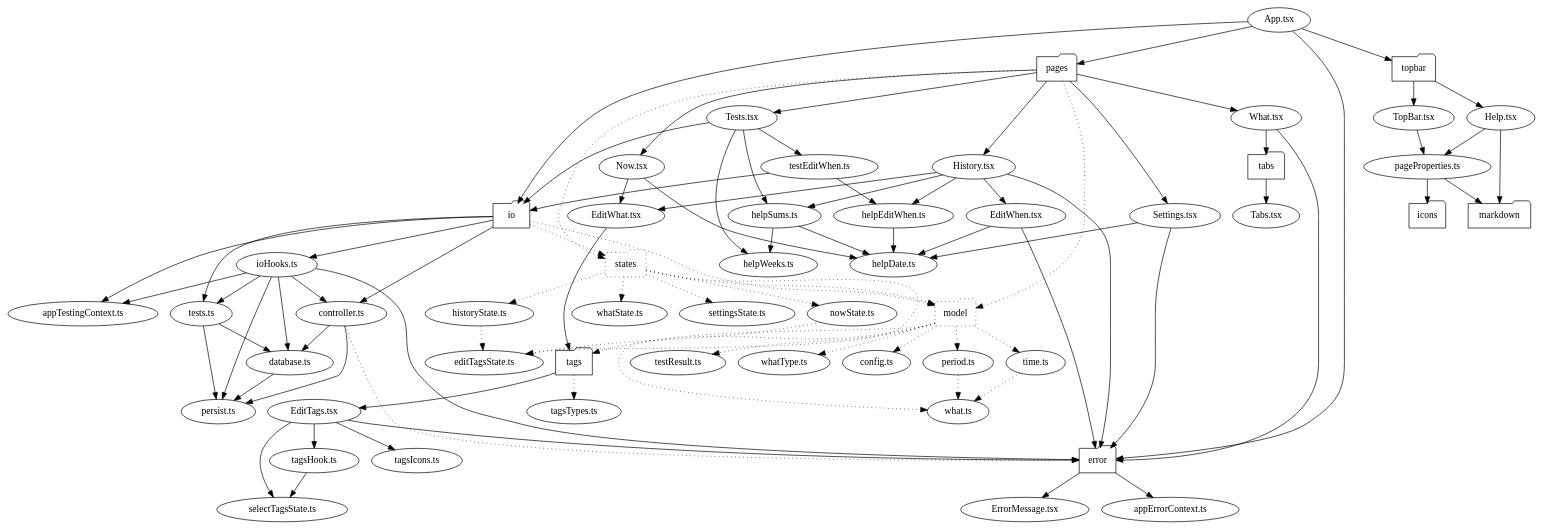
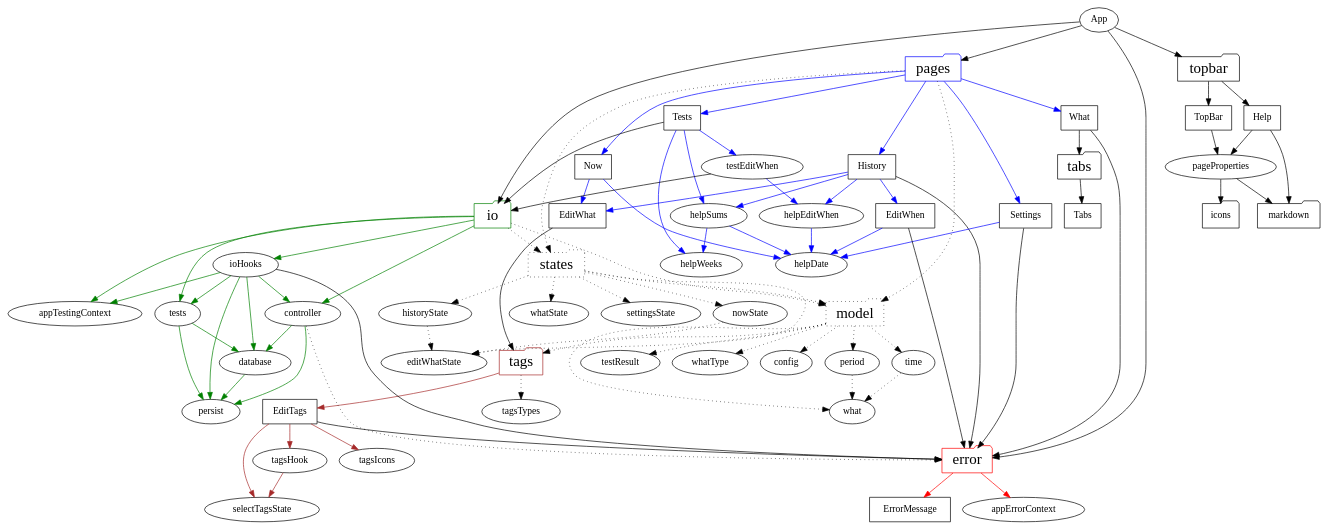
One commit to cwellsx/time changed the diagram in dependencies/dependencies.dot. Above: the diagram before and after it, drawn with Graphviz.

Commit message:
Improve layout of dependencies graph

```diff
--- a/dependencies/dependencies.dot
+++ b/dependencies/dependencies.dot
@@ -1,73 +1,92 @@
 digraph SRC {
-  "App.tsx" -> {"error" "io" "pages" "topbar"};
+  "App" -> {"error" "io" "pages" "topbar"};
 
-  "error" [shape=folder];
-  "io" [shape=folder];
-  "model" [shape=folder] [style=dotted];
-  "pages" [shape=folder];
-  "states" [shape=folder] [style=dotted];
-  "tabs" [shape=folder];
-  "tags" [shape=folder];
-  "topbar" [shape=folder];
+  "error" [shape=folder, color=red, fontsize="22pt"];
+  "io" [shape=folder, color=green, fontsize="22pt"];
+  "model" [shape=folder, fontsize="22pt"] [style=dotted];
+  "pages" [shape=folder, color=blue, fontsize="22pt"];
+  "states" [shape=folder, fontsize="22pt"] [style=dotted];
+  "tabs" [shape=folder, fontsize="22pt"];
+  "tags" [shape=folder, color=brown, fontsize="22pt"];
+  "topbar" [shape=folder, fontsize="22pt"];
   "icons" [shape=folder];
   "markdown" [shape=folder];
   
-  "error" -> {"ErrorMessage.tsx" "appErrorContext.ts"};
-  "ErrorMessage.tsx" -> {};
-  "appErrorContext.ts" -> {};
+  "error" -> {"ErrorMessage" "appErrorContext"} [color=red];
+  "ErrorMessage" [shape=rect];
+  "ErrorMessage" -> {};
+  "appErrorContext" -> {};
 
-  "io" -> {"controller.ts" "ioHooks.ts" "tests.ts" "appTestingContext.ts"};
+  "io" -> {"controller" "ioHooks" "tests" "appTestingContext"} [color=green];
   "io" -> {"model" "states"} [style=dotted];
-  "controller.ts" -> {"persist.ts" "database.ts"};
-  "controller.ts" -> {"error"} [style=dotted];
-  "database.ts" -> {"persist.ts"};
-  "ioHooks.ts" -> {"controller.ts" "database.ts" "persist.ts" "tests.ts" "appTestingContext.ts" "error"};
-  "tests.ts" -> {"database.ts" "persist.ts"};
-  "persist.ts" -> {}
-  "appTestingContext.ts" -> {};
+  "controller" -> {"persist" "database"} [color=green];
+  "controller" -> {"error"} [style=dotted];
+  "database" -> {"persist"} [color=green];
+  "ioHooks" -> {"controller" "database" "persist" "tests" "appTestingContext"} [color=green];
+  "ioHooks" -> {"error"};
+  "tests" -> {"database" "persist"} [color=green];
+  "persist" -> {}
+  "appTestingContext" -> {};
 
-  "model" -> {"config.ts" "period.ts" "testResult.ts" "time.ts" "tags" "whatType.ts" "what.ts"} [style=dotted];
-  "config.ts" -> {} [style=dotted];
-  "period.ts" -> {"what.ts"} [style=dotted];
-  "testResult.ts" -> {} [style=dotted];
-  "time.ts" -> {"what.ts"} [style=dotted];
-  "what.ts" -> {} [style=dotted];
-  "whatType.ts" -> {} [style=dotted];
+  "model" -> {"config" "period" "testResult" "time" "tags" "whatType" "what"} [style=dotted];
+  "config" -> {} [style=dotted];
+  "period" -> {"what"} [style=dotted];
+  "testResult" -> {} [style=dotted];
+  "time" -> {"what"} [style=dotted];
+  "what" -> {} [style=dotted];
+  "whatType" -> {} [style=dotted];
 
-  "pages" -> {"Now.tsx" "What.tsx" "History.tsx" "Settings.tsx" "Tests.tsx"};
+  "pages" -> {"Now" "What" "History" "Settings" "Tests"} [color=blue];
+  "Now" [shape=rect];
+  "What" [shape=rect];
+  "History" [shape=rect];
+  "Settings" [shape=rect];
+  "Tests" [shape=rect];
+  "EditWhat" [shape=rect];
+  "EditWhen" [shape=rect];
   "pages" -> {"model" "states"} [style=dotted];
-  "helpDate.ts" -> {};
-  "helpWeeks.ts" -> {};
-  "Now.tsx" -> {"helpDate.ts" "EditWhat.tsx"};
-  "What.tsx" -> {"tabs" "error"};
-  "History.tsx" -> {"helpSums.ts" "EditWhat.tsx" "EditWhen.tsx" "helpEditWhen.ts" "error"};
-  "Settings.tsx" -> {"error" "helpDate.ts"};
-  "Tests.tsx" -> {"helpWeeks.ts" "helpSums.ts" "io" "testEditWhen.ts"};
-  "helpSums.ts" -> {"helpWeeks.ts" "helpDate.ts"};
-  "testEditWhen.ts" -> {"helpEditWhen.ts" "io"};
-  "helpEditWhen.ts" -> {"helpDate.ts"};
-  "EditWhat.tsx" -> {"tags"};
-  "EditWhen.tsx" -> {"helpDate.ts" "error"}
+  "helpDate" -> {};
+  "helpWeeks" -> {};
+  "Now" -> {"helpDate" "EditWhat"} [color=blue];
+  "What" -> {"tabs" "error"};
+  "History" -> {"helpSums" "EditWhat" "EditWhen" "helpEditWhen"} [color=blue];
+  "History" -> {"error"};
+  "Settings" -> {"helpDate"} [color=blue];
+  "Settings" -> {"error"};
+  "Tests" -> {"helpWeeks" "helpSums" "testEditWhen"} [color=blue];
+  "Tests" -> {"io"};
+  "helpSums" -> {"helpWeeks" "helpDate"} [color=blue];
+  "testEditWhen" -> {"helpEditWhen"} [color=blue];
+  "testEditWhen" -> {"io"};
+  "helpEditWhen" -> {"helpDate"} [color=blue];
+  "EditWhat" -> {"tags"};
+  "EditWhen" -> {"helpDate"} [color=blue]
+  "EditWhen" -> {"error"}
 
-  "states" -> {"nowState.ts" "whatState.ts" "historyState.ts" "settingsState.ts" "editTagsState.ts" "model"} [style=dotted];
-  "nowState.ts" -> {"editTagsState.ts"} [style=dotted];
-  "whatState.ts" -> {} [style=dotted];
-  "historyState.ts" -> {"editTagsState.ts"} [style=dotted];
-  "settingsState.ts" -> {} [style=dotted];
-  "editTagsState.ts" -> {} [style=dotted];
+  "states" -> {"nowState" "whatState" "historyState" "settingsState" "editWhatState" "model"} [style=dotted];
+  "nowState" -> {"editWhatState"} [style=dotted];
+  "whatState" -> {} [style=dotted];
+  "historyState" -> {"editWhatState"} [style=dotted];
+  "settingsState" -> {} [style=dotted];
+  "editWhatState" -> {} [style=dotted];
 
-  "tabs" -> {"Tabs.tsx"};
-  "Tabs.tsx" -> {};
+  "tabs" -> {"Tabs"};
+  "Tabs" [shape=rect];
+  "Tabs" -> {};
 
-  "tags" -> {"EditTags.tsx"};
-  "tags" -> {"tagsTypes.ts"} [style=dotted];
-  "EditTags.tsx" -> {"error" "selectTagsState.ts" "tagsHook.ts" "tagsIcons.ts"};
-  "tagsHook.ts" -> {"selectTagsState.ts"};
-  "tagsIcons.ts" -> {};
-  "tagsTypes.ts" -> {} [style=dotted];
+  "tags" -> {"EditTags"} [color=brown];
+  "tags" -> {"tagsTypes"} [style=dotted];
+  "EditTags" [shape=rect];
+  "EditTags" -> {"selectTagsState" "tagsHook" "tagsIcons"} [color=brown];
+  "EditTags" -> {"error"};
+  "tagsHook" -> {"selectTagsState"} [color=brown];
+  "tagsIcons" -> {};
+  "tagsTypes" -> {} [style=dotted];
 
-  "topbar" -> {"TopBar.tsx" "Help.tsx"};
-  "TopBar.tsx" -> {"pageProperties.ts"};
-  "pageProperties.ts" -> {"markdown" "icons"};
-  "Help.tsx" -> {"markdown" "pageProperties.ts"};
+  "topbar" -> {"TopBar" "Help"};
+  "TopBar" [shape=rect];
+  "Help" [shape=rect];
+  "TopBar" -> {"pageProperties"};
+  "pageProperties" -> {"markdown" "icons"};
+  "Help" -> {"markdown" "pageProperties"};
 }
```
